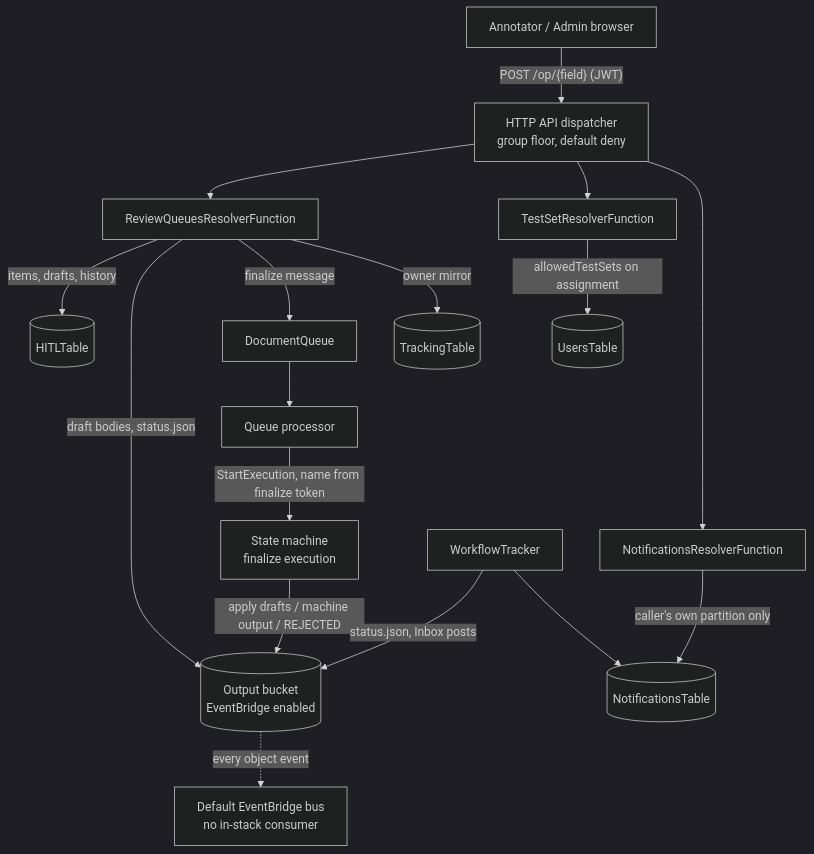
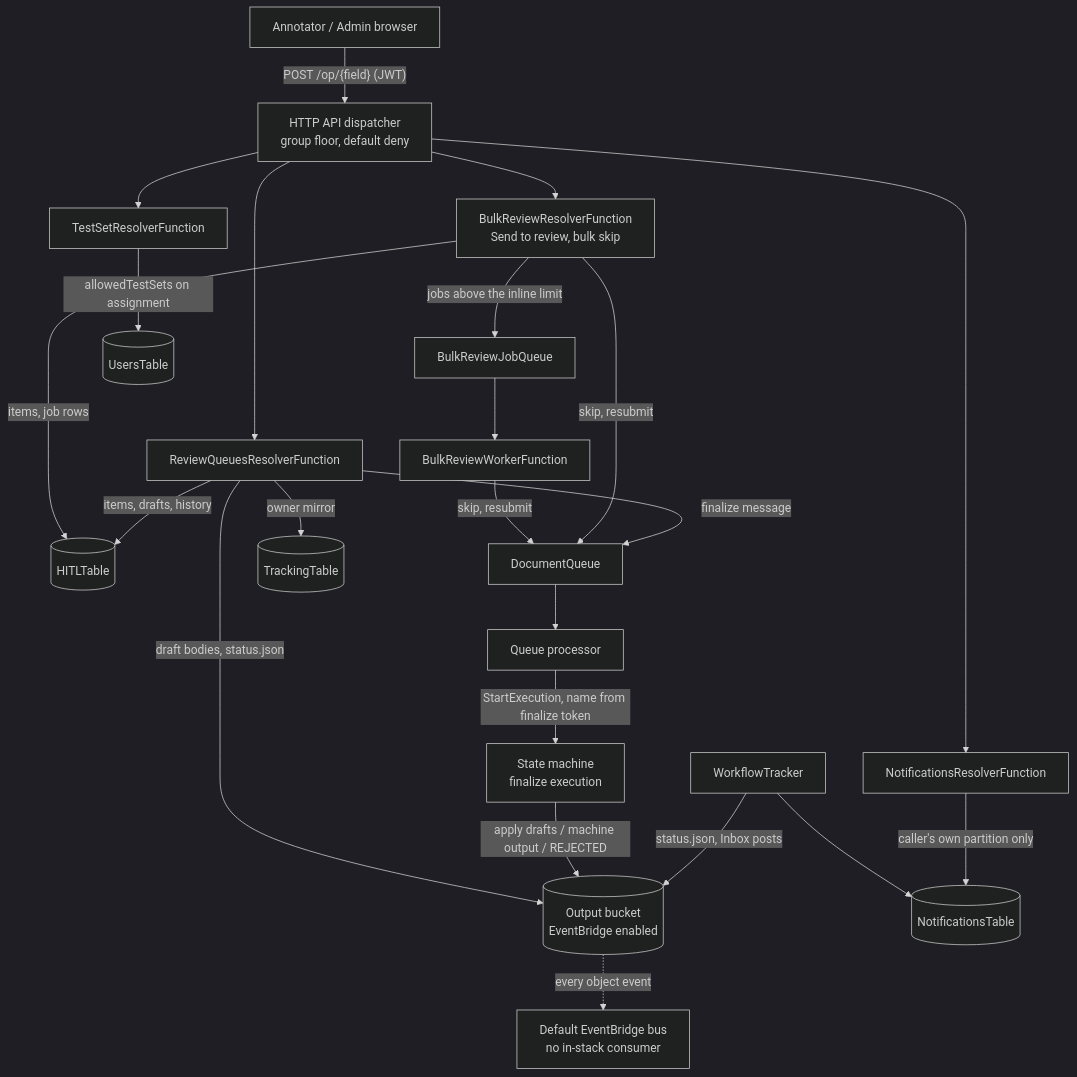
One commit to aws-solutions-library-samples/accelerated-intelligent-document-processing-on-aws changed the diagram in security/threat-modeling/feature-threats/review-queues.md. Above: the diagram before and after it, drawn with Mermaid (dark theme). The commit also changed other lines of this file and 26 other files, not shown here.

````diff
--- a/security/threat-modeling/feature-threats/review-queues.md
+++ b/security/threat-modeling/feature-threats/review-queues.md
@@ -66,18 +87,23 @@
 ```mermaid
 flowchart TD
     Ann[Annotator / Admin browser] -->|"POST /op/{field} (JWT)"| Disp[HTTP API dispatcher<br/>group floor, default deny]
     Disp --> RQ[ReviewQueuesResolverFunction]
     Disp --> TS[TestSetResolverFunction]
     Disp --> NR[NotificationsResolverFunction]
+    Disp --> BR[BulkReviewResolverFunction<br/>Send to review, bulk skip]
+    BR -->|"items, job rows"| HITL
+    BR -->|"jobs above the inline limit"| BQ[BulkReviewJobQueue] --> BW[BulkReviewWorkerFunction]
+    BW -->|"skip, resubmit"| DQ
+    BR -->|"skip, resubmit"| DQ
     RQ -->|"items, drafts, history"| HITL[(HITLTable)]
     RQ -->|"draft bodies, status.json"| Out[(Output bucket<br/>EventBridge enabled)]
     RQ -->|"finalize message"| DQ[DocumentQueue]
     RQ -->|"owner mirror"| Track[(TrackingTable)]
     TS -->|"allowedTestSets on assignment"| Users[(UsersTable)]
     DQ --> QP[Queue processor] -->|"StartExecution, name from finalize token"| SFN[State machine<br/>finalize execution]
     SFN -->|"apply drafts / machine output / REJECTED"| Out
     WT[WorkflowTracker] -->|"status.json, Inbox posts"| Out
     WT --> Notif[(NotificationsTable)]
     NR -->|"caller's own partition only"| Notif
     Out -.->|"every object event"| Bus[Default EventBridge bus<br/>no in-stack consumer]
 ```
````
